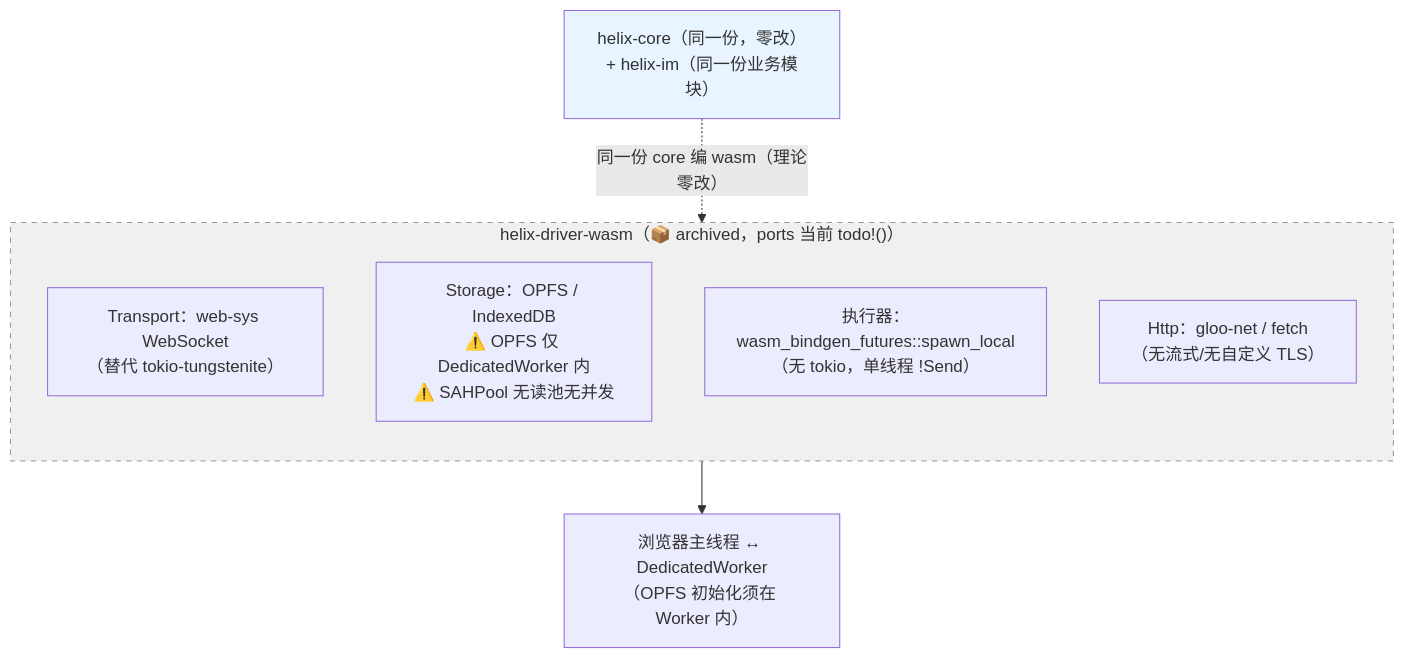
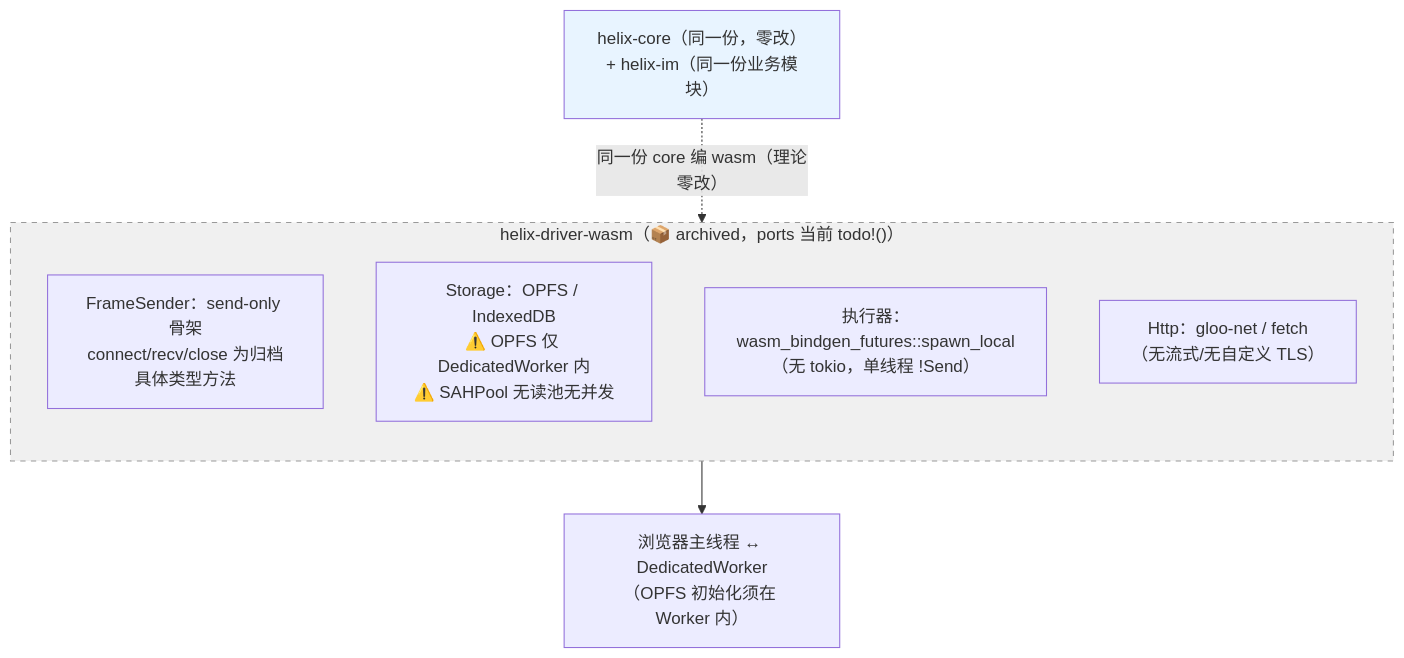
One commit to zxs1633079383/helix changed the diagram in crates/helix-driver-wasm/docs/design/archived-web-architecture.mmd. Above: the diagram before and after it, drawn with Mermaid. The commit also changed 40 other files, not shown here.

First line of the commit message:
refactor(core): 收窄 WebSocket 端口为 FrameSender

```diff
--- a/crates/helix-driver-wasm/docs/design/archived-web-architecture.mmd
+++ b/crates/helix-driver-wasm/docs/design/archived-web-architecture.mmd
@@ -1,21 +1,21 @@
 %% helix-driver-wasm 计划（暂停维护）的浏览器端架构 — ADR-006 归档
 %% 📦 全部为「若未来重启网页端」的设计留存，当前 ports 实现为 todo!()
 
 flowchart TD
     CORE["helix-core（同一份，零改）<br/>+ helix-im（同一份业务模块）"]
 
     subgraph WASM["helix-driver-wasm（📦 archived，ports 当前 todo!()）"]
         direction TB
-        WS["Transport：web-sys WebSocket<br/>（替代 tokio-tungstenite）"]
+        WS["FrameSender：send-only 骨架<br/>connect/recv/close 为归档具体类型方法"]
         STORE["Storage：OPFS / IndexedDB<br/>⚠️ OPFS 仅 DedicatedWorker 内<br/>⚠️ SAHPool 无读池无并发"]
         SPAWN["执行器：wasm_bindgen_futures::spawn_local<br/>（无 tokio，单线程 !Send）"]
         HTTP["Http：gloo-net / fetch<br/>（无流式/无自定义 TLS）"]
     end
 
     CORE -.同一份 core 编 wasm（理论零改）.-> WASM
 
     BROWSER["浏览器主线程 ↔ DedicatedWorker<br/>（OPFS 初始化须在 Worker 内）"]
     WASM --> BROWSER
 
     style WASM fill:#f0f0f0,stroke:#999,stroke-dasharray: 5 5
     style CORE fill:#e8f4ff
```
